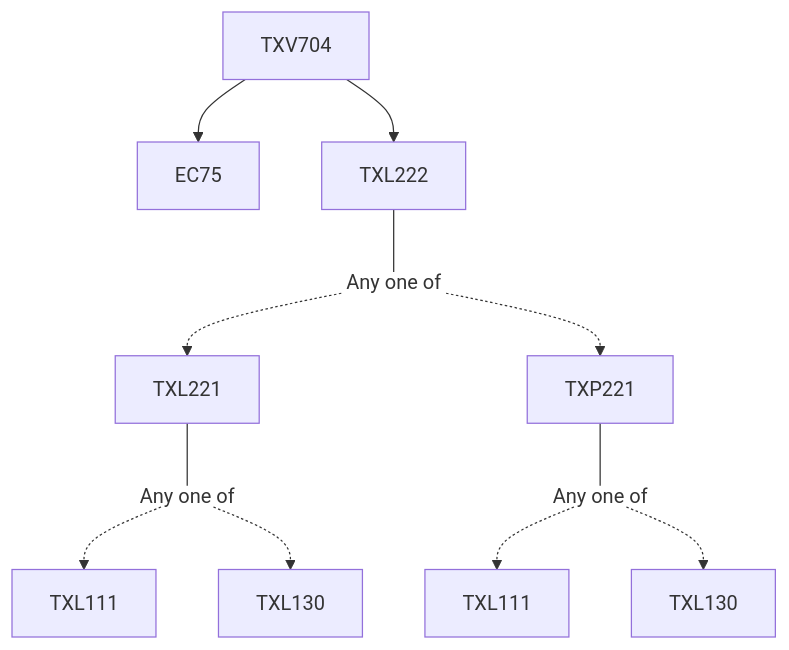
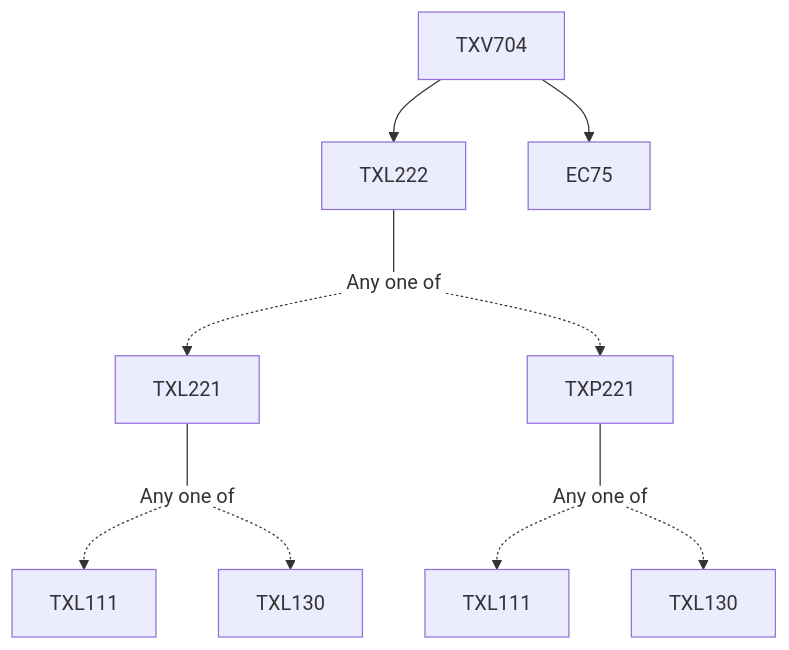
The diagram in content/Textile and Fibre Engineering/TXV704.md (KeshavBansal0122/CoS_Website), drawn with Mermaid before and after one commit. The commit also changed other lines of this file and 2662 other files, not shown here.

````diff
--- a/content/Textile and Fibre Engineering/TXV704.md
+++ b/content/Textile and Fibre Engineering/TXV704.md
@@ -13,18 +13,18 @@
 ```mermaid
 flowchart TD
 TXV704-863[TXV704]
-TXV704-863 --> EC75-863[EC75]
 TXV704-863 --> TXL222-863[TXL222]
 TXL222-863 --- Or864[Any one of]:::empty
 Or864 -.-> TXL221-865[TXL221]
 TXL221-865 --- Or866[Any one of]:::empty
 Or866 -.-> TXL111-867[TXL111]
 Or866 -.-> TXL130-868[TXL130]
+Or864 -.-> TXP221-869[TXP221]
 TXP221-869 --- Or870[Any one of]:::empty
 Or870 -.-> TXL111-871[TXL111]
 Or870 -.-> TXL130-872[TXL130]
-Or864 -.-> TXP221-869[TXP221]
+TXV704-863 --> EC75-863[EC75]
 
 classDef empty height:17px, fill:transparent, stroke:transparent;
 classDef trueEmpty height:0px, width:0px;
 ```
````
